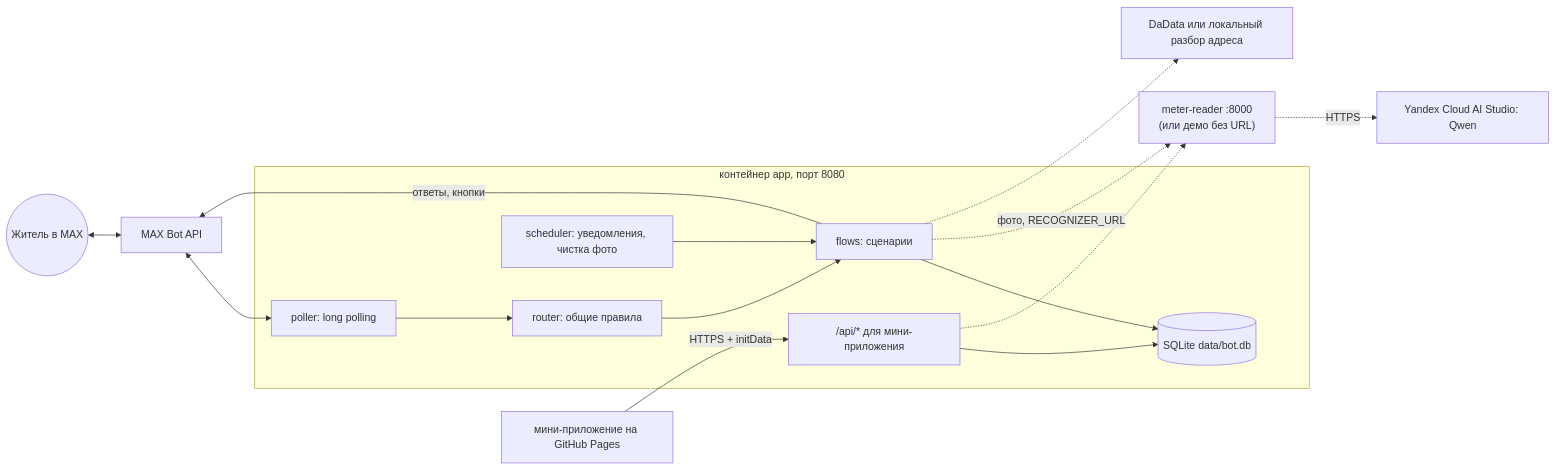
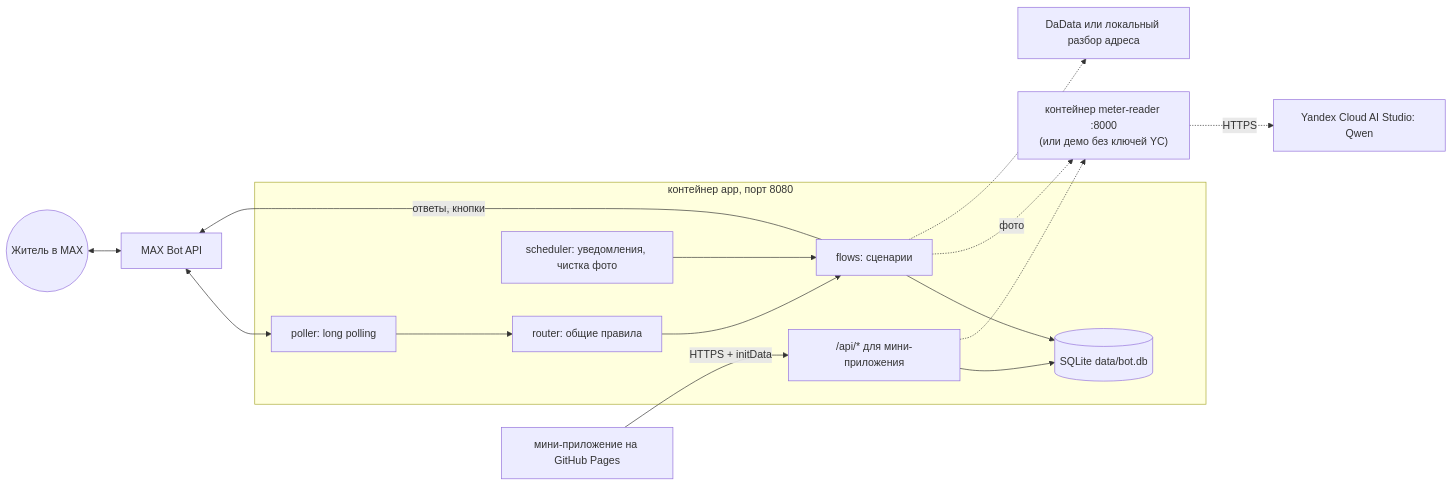
Before and after one commit to alpha7en/max-smart-city-webapp: the diagram in README.md, drawn with Mermaid. The commit also changed other lines of this file and 10 other files, not shown here.

First line of the commit message:
Run bot and meter-reader from one root compose without profiles

````diff
--- a/README.md
+++ b/README.md
@@ -36,18 +36,18 @@
 ```mermaid
 flowchart LR
   U((Житель в MAX)) <--> MAX[MAX Bot API]
   subgraph app["контейнер app, порт 8080"]
     P[poller: long polling] --> R[router: общие правила] --> F[flows: сценарии]
     S[scheduler: уведомления, чистка фото] --> F
     API["/api/* для мини-приложения"]
     F --> DB[("SQLite data/bot.db")]
     API --> DB
   end
   MAX <--> P
   F -- ответы, кнопки --> MAX
   MA[мини-приложение на GitHub Pages] -- HTTPS + initData --> API
-  F -. "фото, RECOGNIZER_URL" .-> REC["meter-reader :8000<br/>(или демо без URL)"]
+  F -. фото .-> REC["контейнер meter-reader :8000<br/>(или демо без ключей YC)"]
   API -.-> REC
   REC -. HTTPS .-> YC[Yandex Cloud AI Studio: Qwen]
   F -.-> DD[DaData или локальный разбор адреса]
 ```
````
